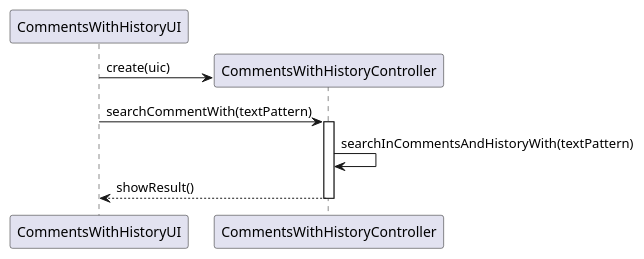
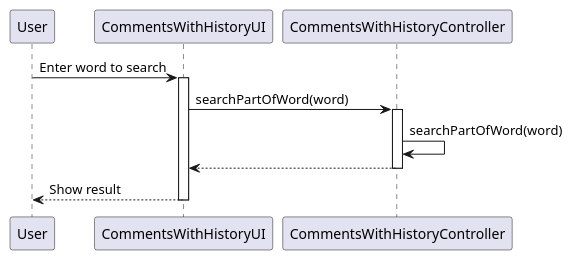
Before and after one commit to MikeTekOn/lapr4-2017-2dd: the diagram in src/main/java/lapr4/green/s2/core/n1150901/richCommentsAndHistory/domain/us8_design_3.puml, drawn with PlantUML. The commit also changed 4 other files, not shown here.

Commit message:
LAPR4E17DD-217 #resolve #time 4h #comment I've completed the design of this user story.

```diff
--- a/src/main/java/lapr4/green/s2/core/n1150901/richCommentsAndHistory/domain/us8_design_3.puml
+++ b/src/main/java/lapr4/green/s2/core/n1150901/richCommentsAndHistory/domain/us8_design_3.puml
@@ -1,15 +1,17 @@
 @startuml core02_03_design3.png
 
+    participant "User" as user
     participant "CommentsWithHistoryUI" as ui
     participant "CommentsWithHistoryController" as ctrl
-    
-    create ctrl
-    ui -> ctrl : create(uic)
 
-    ui -> ctrl : searchCommentWith(textPattern)
+    user -> ui : Enter word to search
+    activate ui
+    ui -> ctrl : searchPartOfWord(word)
     activate ctrl
-    ctrl -> ctrl : searchInCommentsAndHistoryWith(textPattern)
-    ui <-- ctrl : showResult()
+    ctrl -> ctrl : searchPartOfWord(word)
+    ui <-- ctrl
     deactivate ctrl
+    user <-- ui : Show result
+    deactivate ui
 
 @enduml
```
